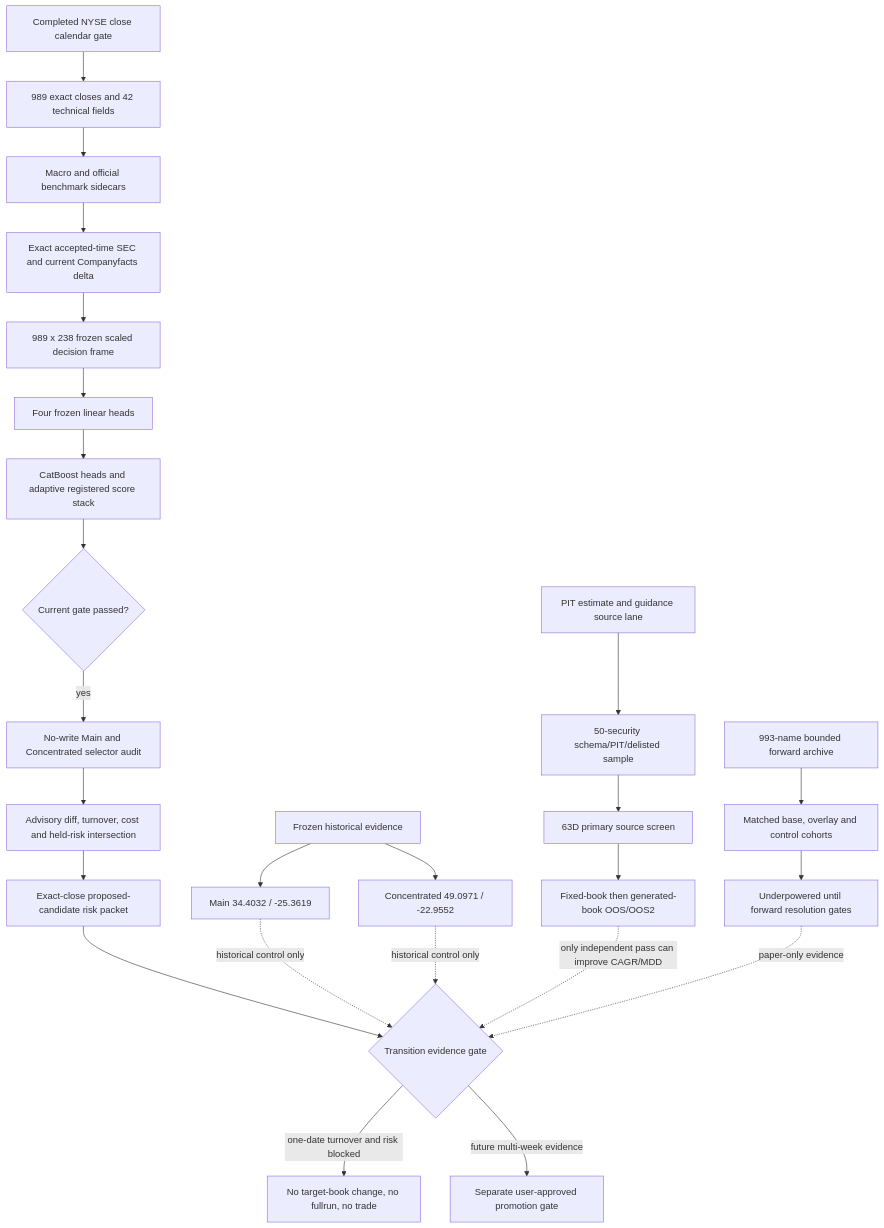
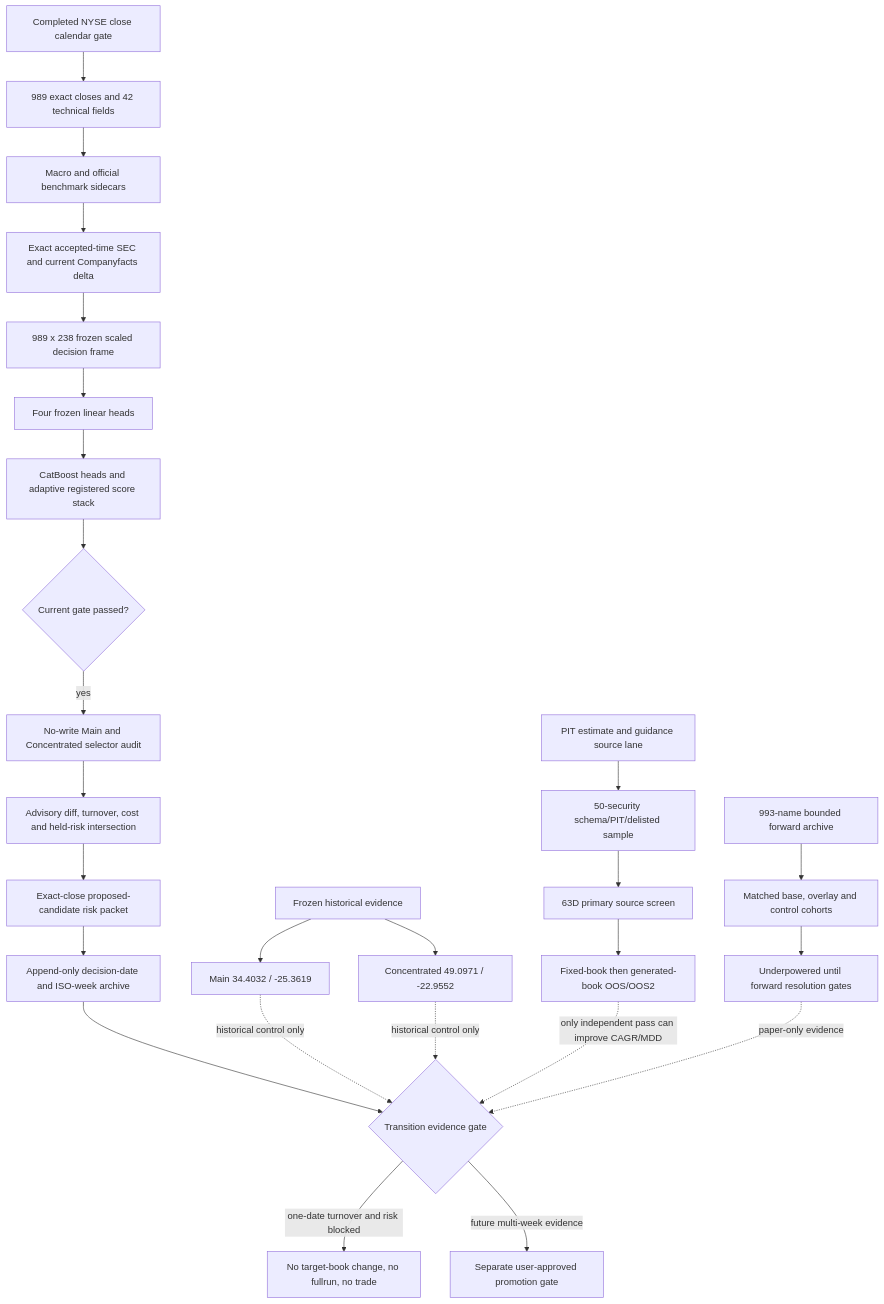
Before and after one commit to wscha231/r1000-quant-engine: the diagram in docs/CODEX_RUN287_SYSTEM_FLOW_AND_SCORE_STACK_20260714.md, drawn with Mermaid. The commit also changed other lines of this file and 9 other files, not shown here.

Commit message:
Archive Run287 decision observations (#286)

````diff
--- a/docs/CODEX_RUN287_SYSTEM_FLOW_AND_SCORE_STACK_20260714.md
+++ b/docs/CODEX_RUN287_SYSTEM_FLOW_AND_SCORE_STACK_20260714.md
@@ -13,29 +13,30 @@
 ```mermaid
 flowchart TD
     A[Completed NYSE close calendar gate] --> B[989 exact closes and 42 technical fields]
     B --> C[Macro and official benchmark sidecars]
     C --> D[Exact accepted-time SEC and current Companyfacts delta]
     D --> E[989 x 238 frozen scaled decision frame]
     E --> F[Four frozen linear heads]
     F --> G[CatBoost heads and adaptive registered score stack]
     G --> H{Current gate passed?}
     H -- yes --> I[No-write Main and Concentrated selector audit]
     I --> J[Advisory diff, turnover, cost and held-risk intersection]
     J --> X[Exact-close proposed-candidate risk packet]
-    X --> K{Transition evidence gate}
+    X --> Y[Append-only decision-date and ISO-week archive]
+    Y --> K{Transition evidence gate}
     K -- one-date turnover and risk blocked --> L[No target-book change, no fullrun, no trade]
     K -- future multi-week evidence --> W[Separate user-approved promotion gate]
 
     M[Frozen historical evidence] --> N[Main 34.4032 / -25.3619]
     M --> O[Concentrated 49.0971 / -22.9552]
     P[PIT estimate and guidance source lane] --> Q[50-security schema/PIT/delisted sample]
     Q --> R[63D primary source screen]
     R --> S[Fixed-book then generated-book OOS/OOS2]
     T[993-name bounded forward archive] --> U[Matched base, overlay and control cohorts]
     U --> V[Underpowered until forward resolution gates]
 
     N -. historical control only .-> K
     O -. historical control only .-> K
     S -. only independent pass can improve CAGR/MDD .-> K
     V -. paper-only evidence .-> K
 ```
````
